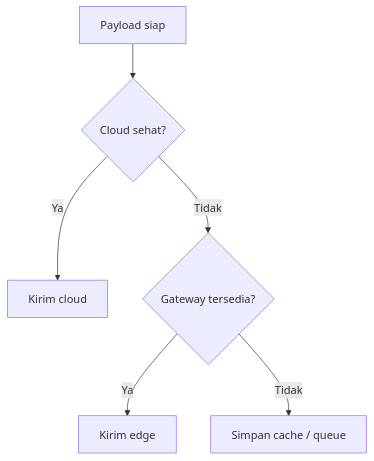
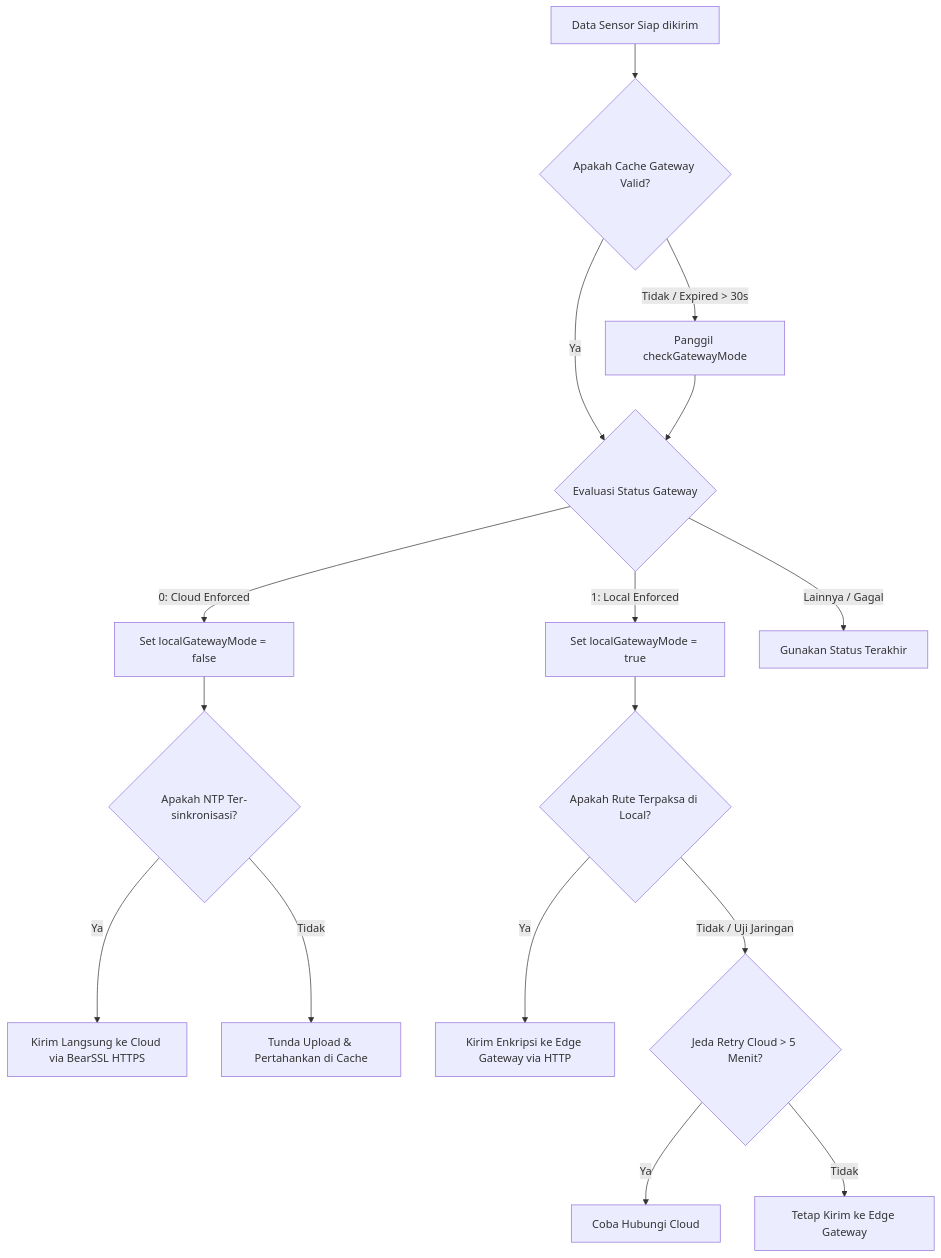
The diagram in src/content/docs/06-firmware-node/mode-auto.md (dhimasardinata/ta-iot-greenhouse-docs), drawn with Mermaid before and after one commit. The commit also changed other lines of this file and 34 other files, not shown here.

````diff
--- a/src/content/docs/06-firmware-node/mode-auto.md
+++ b/src/content/docs/06-firmware-node/mode-auto.md
@@ -21,8 +18,20 @@
 ```mermaid
 flowchart TD
-    A[Payload siap] --> B{Cloud sehat?}
-    B -->|Ya| C[Kirim cloud]
-    B -->|Tidak| D{Gateway tersedia?}
-    D -->|Ya| E[Kirim edge]
-    D -->|Tidak| F[Simpan cache / queue]
+    A[Data Sensor Siap dikirim] --> B{Apakah Cache Gateway Valid?}
+    B -->|Tidak / Expired > 30s| C[Panggil checkGatewayMode]
+    B -->|Ya| D{Evaluasi Status Gateway}
+    C --> D
+    D -->|0: Cloud Enforced| E[Set localGatewayMode = false]
+    D -->|1: Local Enforced| F[Set localGatewayMode = true]
+    D -->|Lainnya / Gagal| G[Gunakan Status Terakhir]
+
+    E --> H{Apakah NTP Ter-sinkronisasi?}
+    H -->|Ya| I[Kirim Langsung ke Cloud via BearSSL HTTPS]
+    H -->|Tidak| J[Tunda Upload & Pertahankan di Cache]
+
+    F --> K{Apakah Rute Terpaksa di Local?}
+    K -->|Ya| L[Kirim Enkripsi ke Edge Gateway via HTTP]
+    K -->|Tidak / Uji Jaringan| M{Jeda Retry Cloud > 5 Menit?}
+    M -->|Ya| N[Coba Hubungi Cloud]
+    M -->|Tidak| O[Tetap Kirim ke Edge Gateway]
 ```
````
